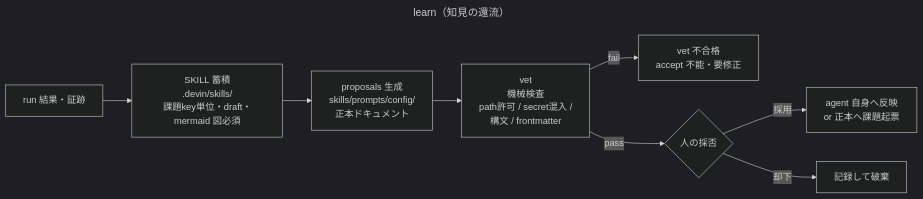
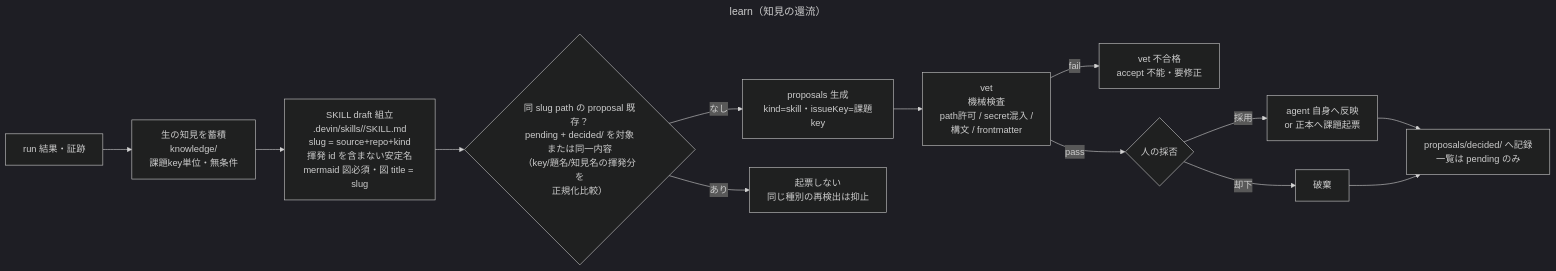
Before and after one commit to yamamoto-ryuzo/kasugai_agent: the diagram in diagrams/learn-flow.mmd, drawn with Mermaid (dark theme). The commit also changed 64 other files, not shown here.

```diff
--- a/diagrams/learn-flow.mmd
+++ b/diagrams/learn-flow.mmd
@@ -1,11 +1,16 @@
 ---
 title: learn（知見の還流）
 ---
 flowchart LR
-    RUN[run 結果・証跡] --> KN[SKILL 蓄積<br/>.devin/skills/<br/>課題key単位・draft・mermaid 図必須]
-    KN --> PROP[proposals 生成<br/>skills/prompts/config/<br/>正本ドキュメント]
+    RUN[run 結果・証跡] --> KN[生の知見を蓄積<br/>knowledge/<br/>課題key単位・無条件]
+    KN --> SK[SKILL draft 組立<br/>.devin/skills/<slug>/SKILL.md<br/>slug = source+repo+kind<br/>揮発 id を含まない安定名<br/>mermaid 図必須・図 title = slug]
+    SK --> DUP{同 slug path の proposal 既存？<br/>pending + decided/ を対象<br/>または同一内容<br/>（key/題名/知見名の揮発分を<br/>正規化比較）}
+    DUP -->|なし| PROP[proposals 生成<br/>kind=skill・issueKey=課題key]
+    DUP -->|あり| SKIP[起票しない<br/>同じ種別の再検出は抑止]
     PROP --> VET[vet<br/>機械検査<br/>path許可 / secret混入 /<br/>構文 / frontmatter]
     VET -->|fail| VF[vet 不合格<br/>accept 不能・要修正]
     VET -->|pass| HUMAN{人の採否}
     HUMAN -->|採用| SELF[agent 自身へ反映<br/>or 正本へ課題起票]
-    HUMAN -->|却下| DROP[記録して破棄]
+    HUMAN -->|却下| DROP[破棄]
+    SELF --> REC[proposals/decided/ へ記録<br/>一覧は pending のみ]
+    DROP --> REC
```
